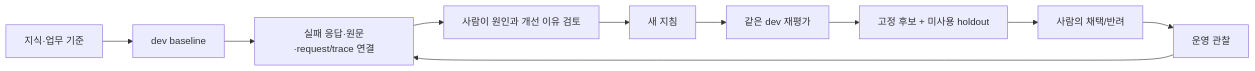
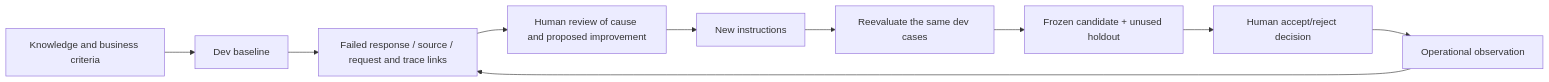
One commit to junwoojeong100/microsoft-foundry-v2-labs changed the diagram in docs/labs/07-evaluation.md. Above: the diagram before and after it, drawn with Mermaid. The commit also changed other lines of this file and 68 other files, not shown here.

````diff
--- a/docs/labs/07-evaluation.md
+++ b/docs/labs/07-evaluation.md
@@ -9,12 +11,12 @@
 ```mermaid
 flowchart LR
-    K["지식·업무 기준"] --> B["dev baseline"]
-    B --> F["실패 응답·원문·request/trace 연결"]
-    F --> H["사람이 원인과 개선 이유 검토"]
-    H --> P["새 지침"]
-    P --> C["같은 dev 재평가"]
-    C --> T["고정 후보 + 미사용 holdout"]
-    T --> G["사람의 채택/반려"]
-    G --> O["운영 관찰"]
+    K["Knowledge and business criteria"] --> B["Dev baseline"]
+    B --> F["Failed response / source / request and trace links"]
+    F --> H["Human review of cause and proposed improvement"]
+    H --> P["New instructions"]
+    P --> C["Reevaluate the same dev cases"]
+    C --> T["Frozen candidate + unused holdout"]
+    T --> G["Human accept/reject decision"]
+    G --> O["Operational observation"]
     O --> F
 ```
````
